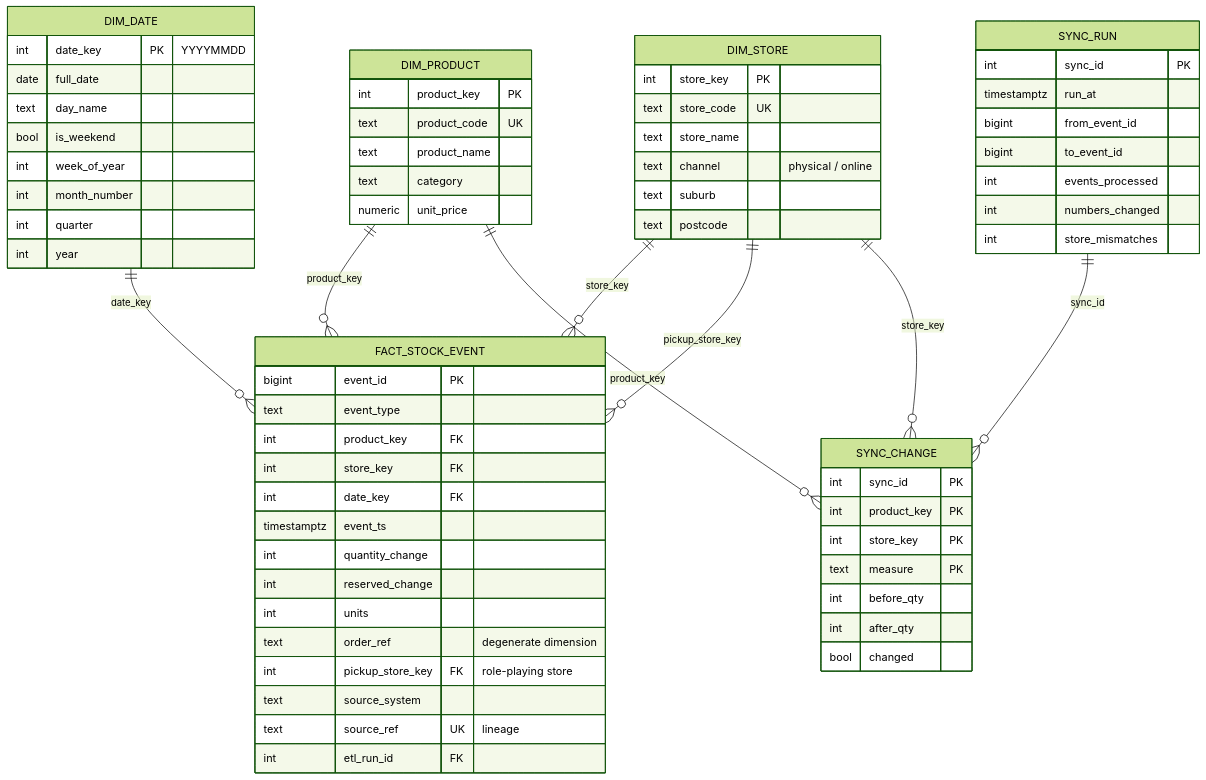
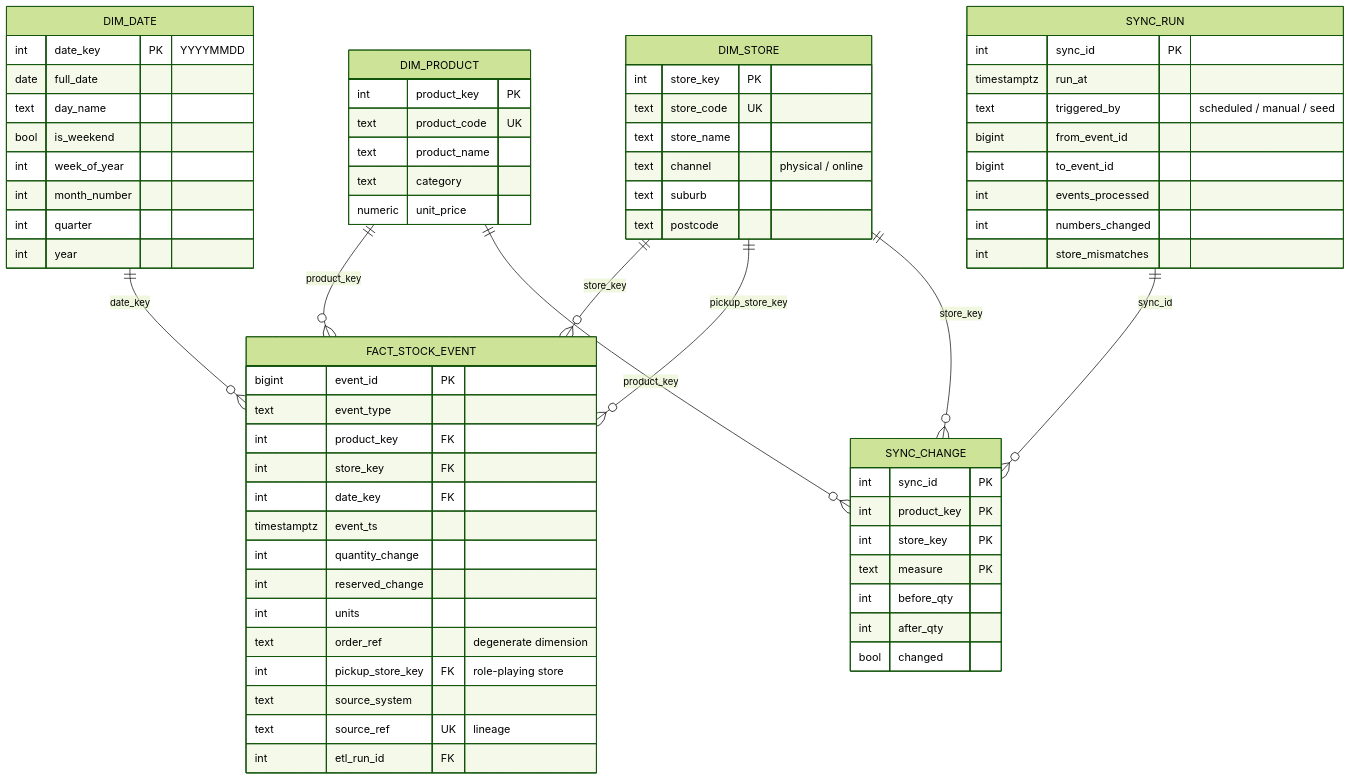
The fourth of 4 diagrams in docs/Architecture_and_Data_Model.md (Alfredd43/Warehousing-model), drawn with Mermaid (forest theme) before and after one commit. The commit also changed other lines of this file and 40 other files, not shown here.

````diff
--- a/docs/Architecture_and_Data_Model.md
+++ b/docs/Architecture_and_Data_Model.md
@@ -246,70 +254,71 @@
 ```mermaid
 erDiagram
     DIM_DATE ||--o{ FACT_STOCK_EVENT : date_key
     DIM_PRODUCT ||--o{ FACT_STOCK_EVENT : product_key
     DIM_STORE ||--o{ FACT_STOCK_EVENT : store_key
     DIM_STORE ||--o{ FACT_STOCK_EVENT : pickup_store_key
     SYNC_RUN ||--o{ SYNC_CHANGE : sync_id
     DIM_PRODUCT ||--o{ SYNC_CHANGE : product_key
     DIM_STORE ||--o{ SYNC_CHANGE : store_key
 
     FACT_STOCK_EVENT {
         bigint event_id PK
         text event_type
         int product_key FK
         int store_key FK
         int date_key FK
         timestamptz event_ts
         int quantity_change
         int reserved_change
         int units
         text order_ref "degenerate dimension"
         int pickup_store_key FK "role-playing store"
         text source_system
         text source_ref UK "lineage"
         int etl_run_id FK
     }
     DIM_PRODUCT {
         int product_key PK
         text product_code UK
         text product_name
         text category
         numeric unit_price
     }
     DIM_STORE {
         int store_key PK
         text store_code UK
         text store_name
         text channel "physical / online"
         text suburb
         text postcode
     }
     DIM_DATE {
         int date_key PK "YYYYMMDD"
         date full_date
         text day_name
         bool is_weekend
         int week_of_year
         int month_number
         int quarter
         int year
     }
     SYNC_RUN {
         int sync_id PK
         timestamptz run_at
+        text triggered_by "scheduled / manual / seed"
         bigint from_event_id
         bigint to_event_id
         int events_processed
         int numbers_changed
         int store_mismatches
     }
     SYNC_CHANGE {
         int sync_id PK
         int product_key PK
         int store_key PK
         text measure PK
         int before_qty
         int after_qty
         bool changed
     }
 ```
````
